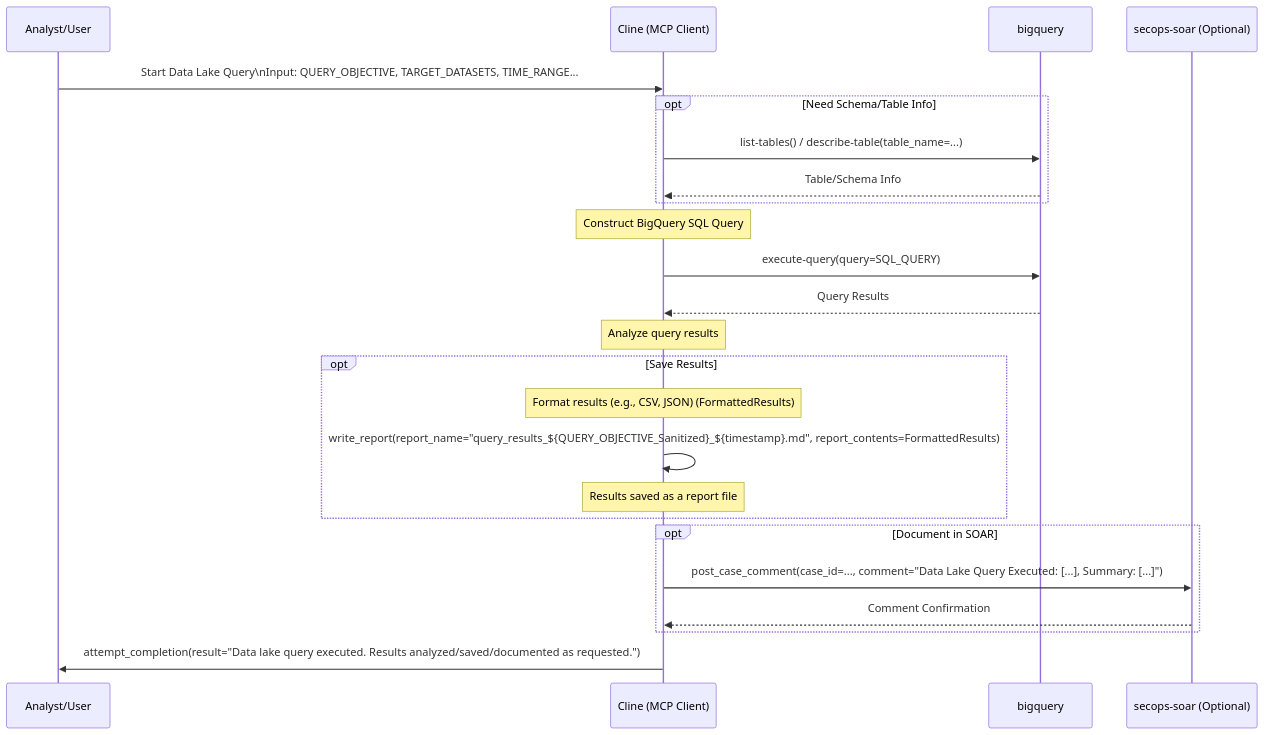
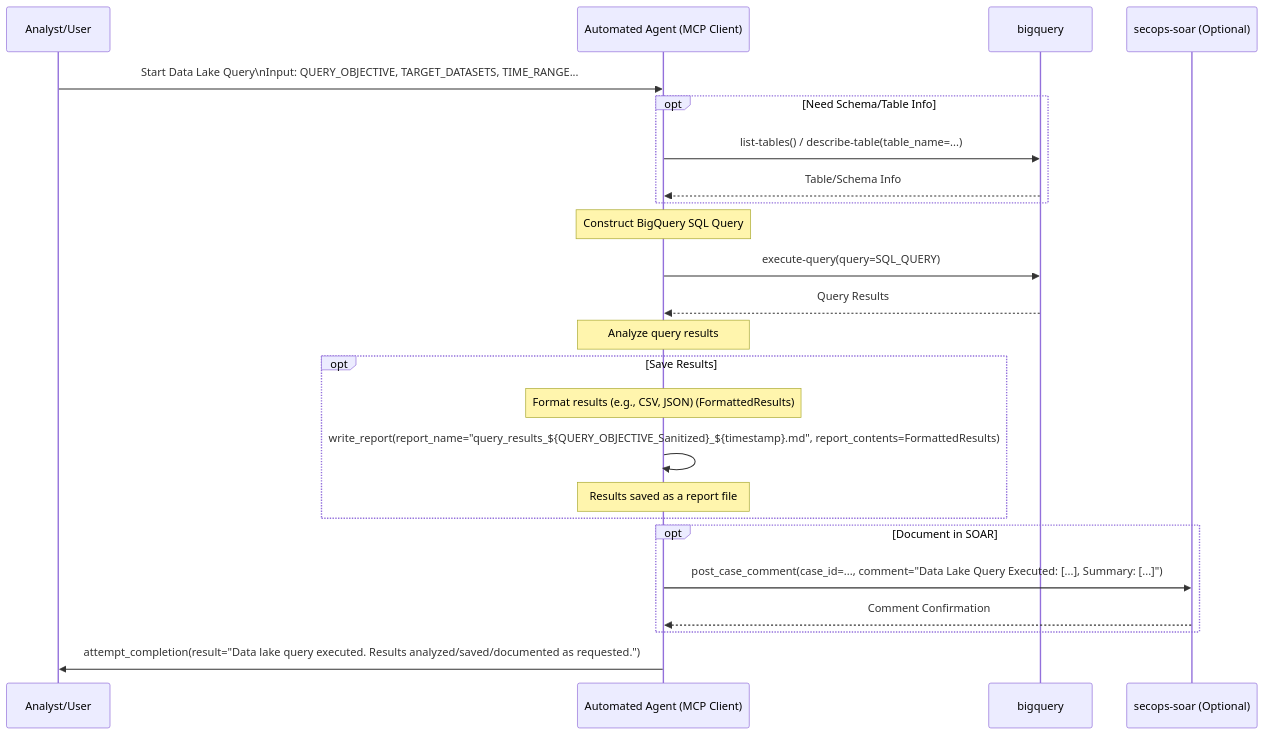
One commit to dandye/adk_runbooks changed the diagram in rules-bank/run_books/data_lake_queries.md. Above: the diagram before and after it, drawn with Mermaid. The commit also changed 42 other files, not shown here.

````diff
--- a/rules-bank/run_books/data_lake_queries.md
+++ b/rules-bank/run_books/data_lake_queries.md
@@ -34,39 +34,39 @@
 ```{mermaid}
 sequenceDiagram
     participant Analyst/User
-    participant Cline as Cline (MCP Client)
+    participant AutomatedAgent as Automated Agent (MCP Client)
     participant BigQuery as bigquery
     participant SOAR as secops-soar (Optional)
 
-    Analyst/User->>Cline: Start Data Lake Query\nInput: QUERY_OBJECTIVE, TARGET_DATASETS, TIME_RANGE...
+    Analyst/User->>AutomatedAgent: Start Data Lake Query\nInput: QUERY_OBJECTIVE, TARGET_DATASETS, TIME_RANGE...
 
     %% Step 1: Define Query
     opt Need Schema/Table Info
-        Cline->>BigQuery: list-tables() / describe-table(table_name=...)
-        BigQuery-->>Cline: Table/Schema Info
+        AutomatedAgent->>BigQuery: list-tables() / describe-table(table_name=...)
+        BigQuery-->>AutomatedAgent: Table/Schema Info
     end
-    Note over Cline: Construct BigQuery SQL Query
+    Note over AutomatedAgent: Construct BigQuery SQL Query
 
     %% Step 2: Execute Query
-    Cline->>BigQuery: execute-query(query=SQL_QUERY)
-    BigQuery-->>Cline: Query Results
+    AutomatedAgent->>BigQuery: execute-query(query=SQL_QUERY)
+    BigQuery-->>AutomatedAgent: Query Results
 
     %% Step 3: Analyze Results
-    Note over Cline: Analyze query results
+    Note over AutomatedAgent: Analyze query results
 
     %% Step 4: Format/Save Results (Optional)
     opt Save Results
-        Note over Cline: Format results (e.g., CSV, JSON) (FormattedResults)
-        Cline->>Cline: write_report(report_name="query_results_${QUERY_OBJECTIVE_Sanitized}_${timestamp}.md", report_contents=FormattedResults)
-        Note over Cline: Results saved as a report file
+        Note over AutomatedAgent: Format results (e.g., CSV, JSON) (FormattedResults)
+        AutomatedAgent->>AutomatedAgent: write_report(report_name="query_results_${QUERY_OBJECTIVE_Sanitized}_${timestamp}.md", report_contents=FormattedResults)
+        Note over AutomatedAgent: Results saved as a report file
     end
 
     %% Step 5: Document (Optional)
     opt Document in SOAR
-        Cline->>SOAR: post_case_comment(case_id=..., comment="Data Lake Query Executed: [...], Summary: [...]")
-        SOAR-->>Cline: Comment Confirmation
+        AutomatedAgent->>SOAR: post_case_comment(case_id=..., comment="Data Lake Query Executed: [...], Summary: [...]")
+        SOAR-->>AutomatedAgent: Comment Confirmation
     end
 
-    Cline->>Analyst/User: attempt_completion(result="Data lake query executed. Results analyzed/saved/documented as requested.")
+    AutomatedAgent->>Analyst/User: attempt_completion(result="Data lake query executed. Results analyzed/saved/documented as requested.")
 
 ```
````
